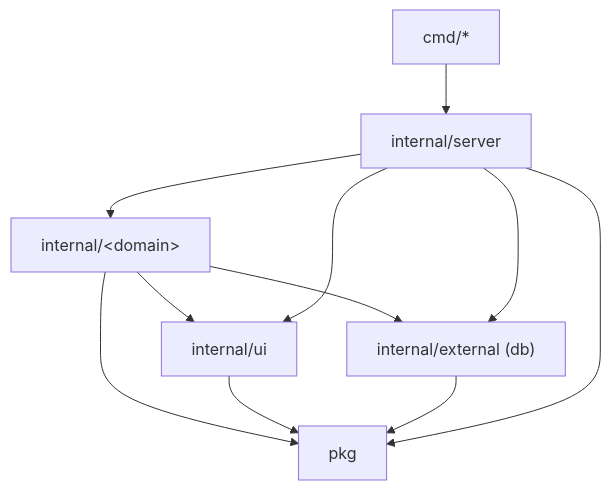
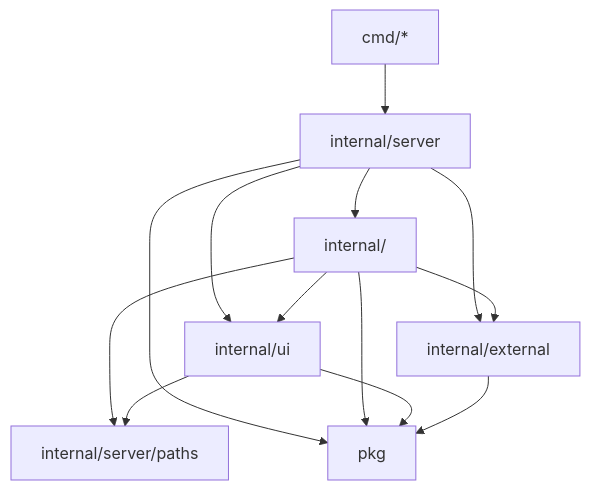
One commit to tung-dnt/lean-go changed the diagram in LEANGO.md. Above: the diagram before and after it, drawn with Mermaid. The commit also changed other lines of this file and 21 other files, not shown here.

````diff
--- a/LEANGO.md
+++ b/LEANGO.md
@@ -59,13 +41,15 @@
 ```mermaid
 flowchart TD
   cmd["cmd/*"] --> server["internal/server"]
-  server --> domains["internal/&lt;domain&gt;"]
-  domains --> ui["internal/ui"]
-  domains --> ext["internal/external (db)"]
-  domains --> pkg["pkg"]
+  server --> domain["internal/<domain>"]
+  server --> ui["internal/ui"]
+  server --> external["internal/external"]
+  server --> pkg["pkg"]
+  domain --> ui
+  domain --> external
+  domain --> paths["internal/server/paths"]
+  domain --> pkg
+  ui --> paths
   ui --> pkg
-  ext --> pkg
-  server --> ui
-  server --> ext
-  server --> pkg
+  external --> pkg
 ```
````
